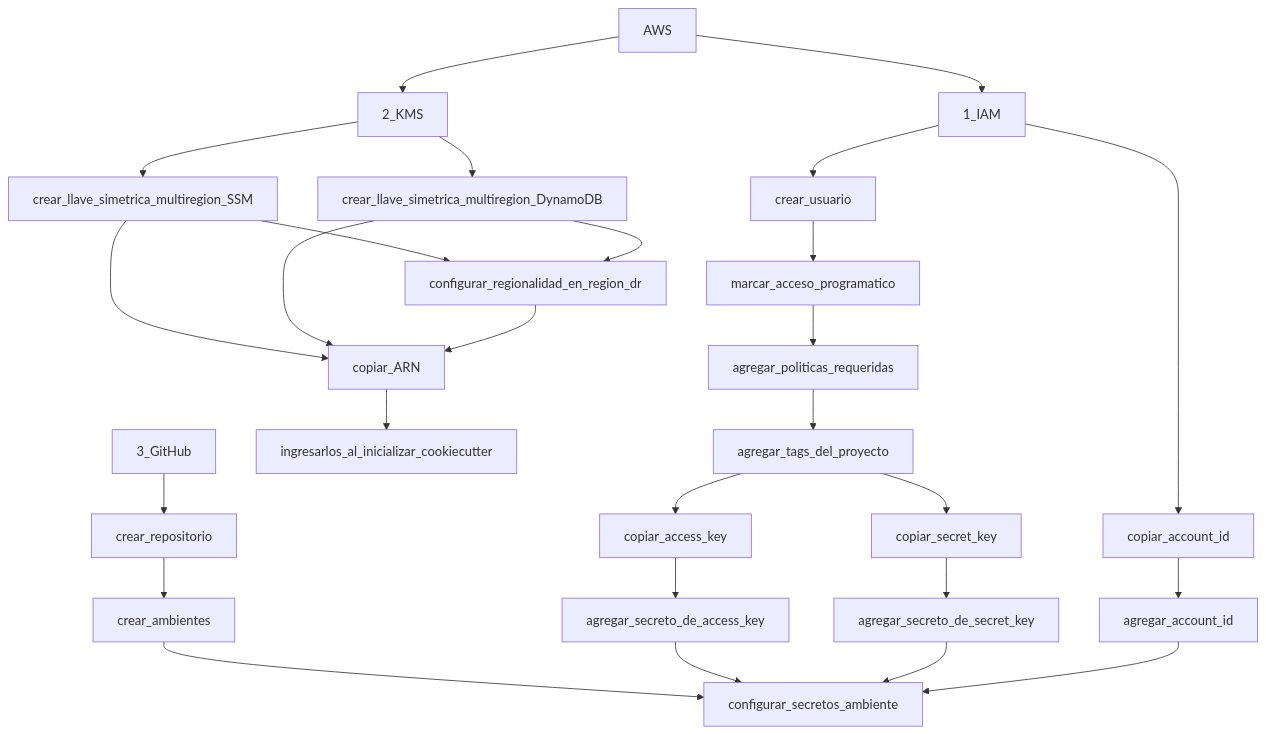
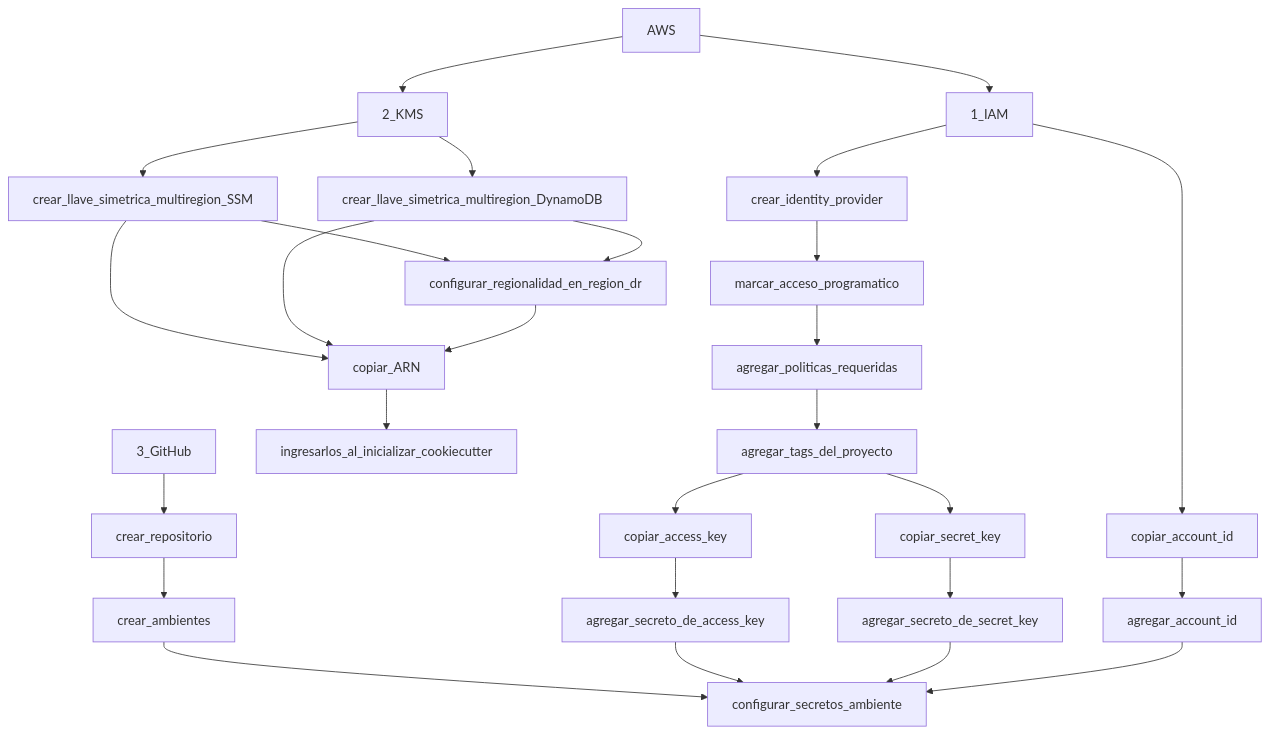
The diagram in README.md (spsmexico/aws_sam_github_quickstart_template), drawn with Mermaid before and after one commit. The commit also changed other lines of this file and 5 other files, not shown here.

````diff
--- a/README.md
+++ b/README.md
@@ -268,34 +268,34 @@
 ```mermaid
   graph TD;
 
 
       AWS-->1_IAM;
-      1_IAM-->crear_usuario;
+      1_IAM-->crear_identity_provider;
       1_IAM-->copiar_account_id;
-      crear_usuario-->marcar_acceso_programatico;
+      crear_identity_provider-->marcar_acceso_programatico;
       marcar_acceso_programatico-->agregar_politicas_requeridas;
       agregar_politicas_requeridas-->agregar_tags_del_proyecto;
       agregar_tags_del_proyecto-->copiar_access_key;
       agregar_tags_del_proyecto-->copiar_secret_key;
       copiar_account_id-->agregar_account_id;
 
       AWS-->2_KMS;
       2_KMS-->crear_llave_simetrica_multiregion_SSM;
       crear_llave_simetrica_multiregion_SSM-->copiar_ARN;
       2_KMS-->crear_llave_simetrica_multiregion_DynamoDB;
       crear_llave_simetrica_multiregion_DynamoDB-->copiar_ARN;
       crear_llave_simetrica_multiregion_SSM-->configurar_regionalidad_en_region_dr;
       crear_llave_simetrica_multiregion_DynamoDB-->configurar_regionalidad_en_region_dr;
       configurar_regionalidad_en_region_dr-->copiar_ARN;
       copiar_ARN-->ingresarlos_al_inicializar_cookiecutter;    
 
       3_GitHub-->crear_repositorio;
       crear_repositorio-->crear_ambientes;
       crear_ambientes-->configurar_secretos_ambiente;
       copiar_access_key-->agregar_secreto_de_access_key;
       copiar_secret_key-->agregar_secreto_de_secret_key;
       agregar_secreto_de_access_key-->configurar_secretos_ambiente;
       agregar_secreto_de_secret_key-->configurar_secretos_ambiente;
       agregar_account_id-->configurar_secretos_ambiente;
                 
 ```
````
